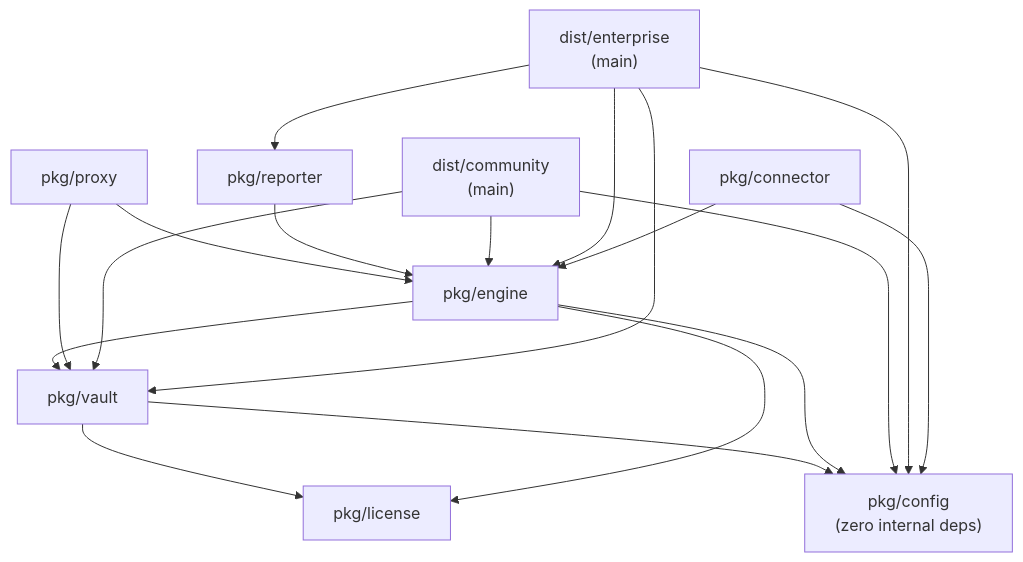
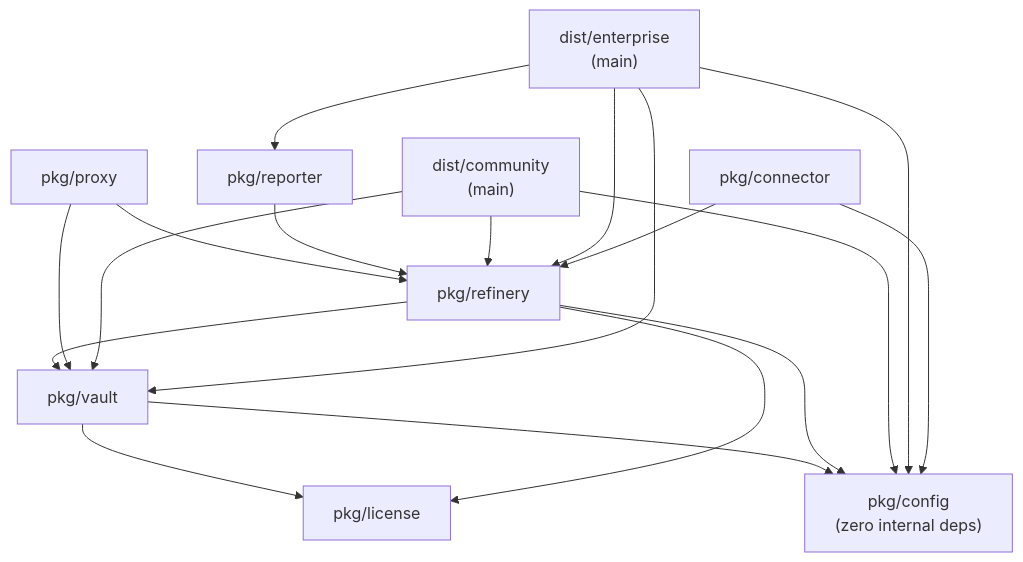
One commit to Edu963/ocultar changed the fifth of 5 diagrams in docs/ARCHITECTURE.md. Above: the diagram before and after it, drawn with Mermaid. The commit also changed other lines of this file and 136 other files, not shown here.

Commit message:
refactor: Migrate core engine service to the new refinery service, updating associated extensions, documentation, and agent skills.

````diff
--- a/docs/ARCHITECTURE.md
+++ b/docs/ARCHITECTURE.md
@@ -210,30 +210,30 @@
 ```mermaid
 graph TD
     Config["pkg/config\n(zero internal deps)"]
     License["pkg/license"]
     Vault["pkg/vault"]
-    Engine["pkg/engine"]
+    Refinery["pkg/refinery"]
     Proxy["pkg/proxy"]
     Reporter["pkg/reporter"]
     DistCommunity["dist/community\n(main)"]
     DistEnterprise["dist/enterprise\n(main)"]
     Connectors["pkg/connector"]
 
     Vault --> Config
     Vault --> License
-    Engine --> Config
-    Engine --> Vault
-    Engine --> License
-    Proxy --> Engine
+    Refinery --> Config
+    Refinery --> Vault
+    Refinery --> License
+    Proxy --> Refinery
     Proxy --> Vault
-    Reporter --> Engine
-    DistCommunity --> Engine
+    Reporter --> Refinery
+    DistCommunity --> Refinery
     DistCommunity --> Vault
     DistCommunity --> Config
-    DistEnterprise --> Engine
+    DistEnterprise --> Refinery
     DistEnterprise --> Vault
     DistEnterprise --> Config
     DistEnterprise --> Reporter
-    Connectors --> Engine
+    Connectors --> Refinery
     Connectors --> Config
 ```
````
